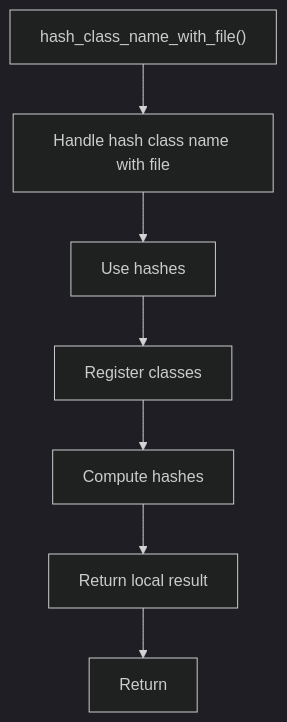
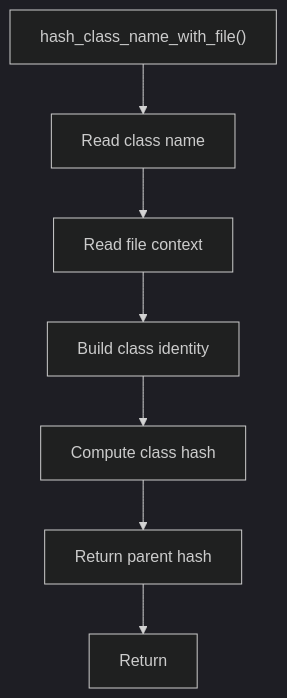
One commit to JohnAndrewBalbarosa/NeoTerritory changed the diagram in docs/Codebase/Microservice/Modules/Source/HashingMechanism/ReverseMerkle/Flow/functions/hash_class_name_with_file.cpp.md. Above: the diagram before and after it, drawn with Mermaid (dark theme). The commit also changed other lines of this file and 147 other files, not shown here.

````diff
--- a/docs/Codebase/Microservice/Modules/Source/HashingMechanism/ReverseMerkle/Flow/functions/hash_class_name_with_file.cpp.md
+++ b/docs/Codebase/Microservice/Modules/Source/HashingMechanism/ReverseMerkle/Flow/functions/hash_class_name_with_file.cpp.md
@@ -19,16 +24,16 @@
 ```mermaid
 flowchart TD
     Start["hash_class_name_with_file()"]
-    N0["Handle hash class name with file"]
-    N1["Use hashes"]
-    N2["Register classes"]
-    N3["Compute hashes"]
-    N4["Return local result"]
+    N0["Read class name"]
+    N1["Read file context"]
+    N2["Build class identity"]
+    N3["Compute class hash"]
+    N4["Return parent hash"]
     End["Return"]
     Start --> N0
     N0 --> N1
     N1 --> N2
     N2 --> N3
     N3 --> N4
     N4 --> End
 ```
````
